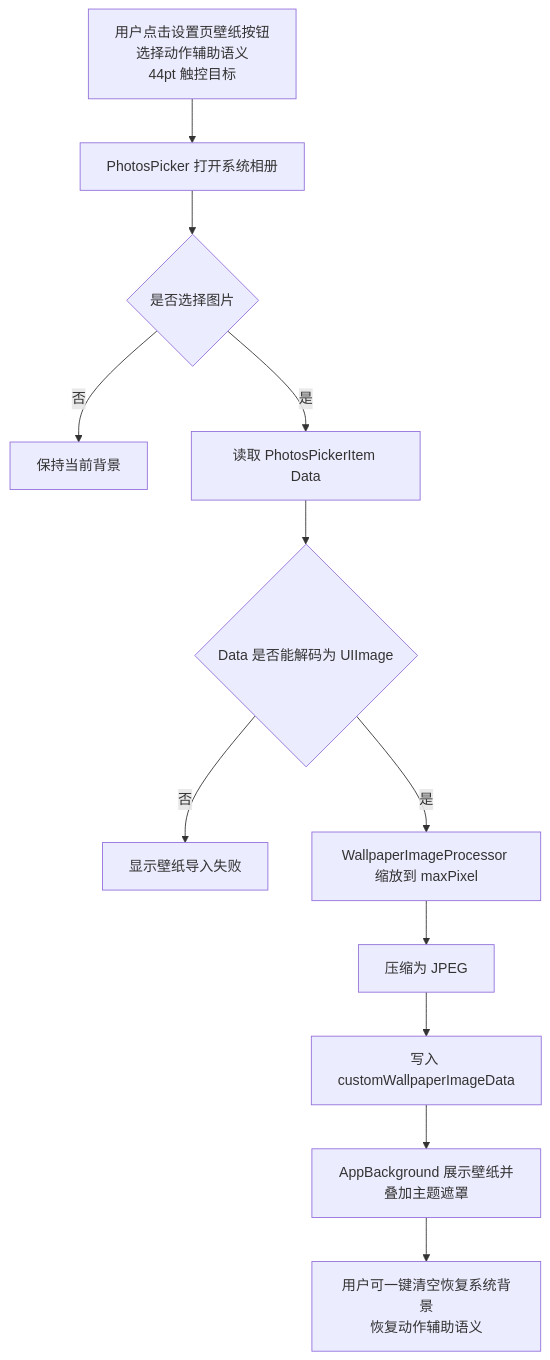
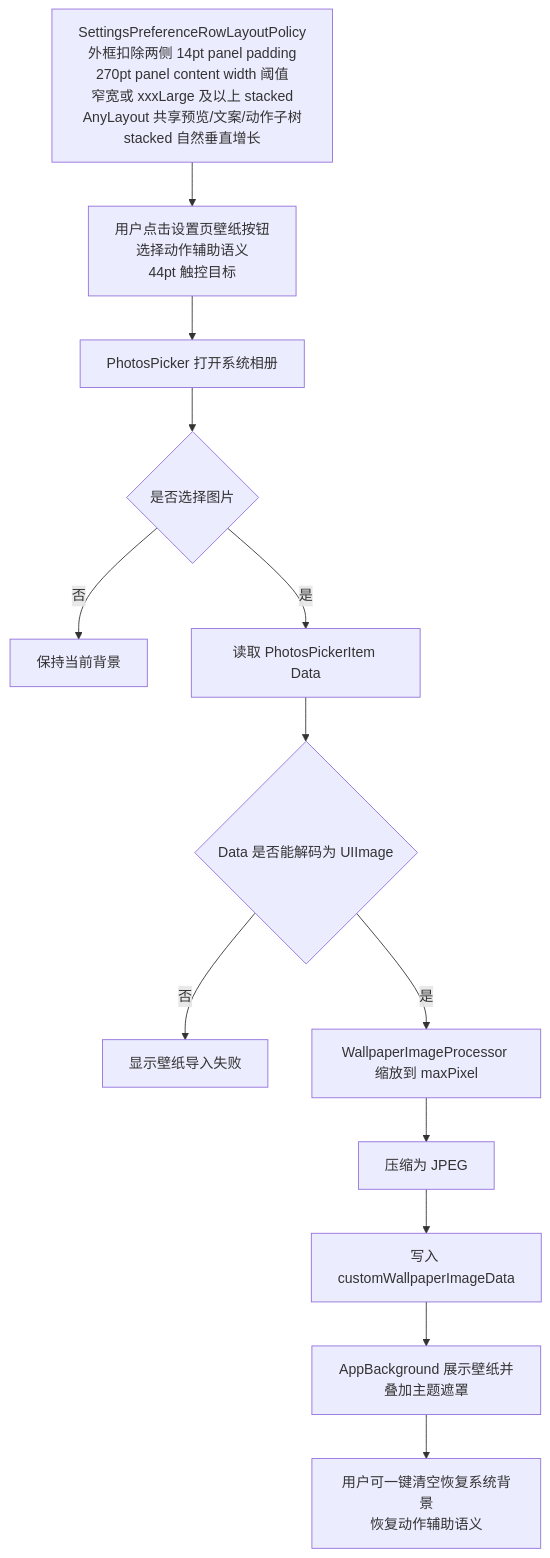
The sixth of 10 diagrams in md/flow/flowchart.md (Altman-sam114/113), drawn with Mermaid before and after one commit. The commit also changed other lines of this file and 8 other files, not shown here.

````diff
--- a/md/flow/flowchart.md
+++ b/md/flow/flowchart.md
@@ -137,14 +138,15 @@
 ```mermaid
 flowchart TD
-    A[用户点击设置页壁纸按钮<br/>选择动作辅助语义<br/>44pt 触控目标] --> B[PhotosPicker 打开系统相册]
+    R[SettingsPreferenceRowLayoutPolicy<br/>外框扣除两侧 14pt panel padding<br/>270pt panel content width 阈值<br/>窄宽或 xxxLarge 及以上 stacked<br/>AnyLayout 共享预览/文案/动作子树<br/>stacked 自然垂直增长] --> A[用户点击设置页壁纸按钮<br/>选择动作辅助语义<br/>44pt 触控目标]
+    A --> B[PhotosPicker 打开系统相册]
     B --> C{是否选择图片}
     C -- 否 --> D[保持当前背景]
     C -- 是 --> E[读取 PhotosPickerItem Data]
     E --> F{Data 是否能解码为 UIImage}
     F -- 否 --> G[显示壁纸导入失败]
     F -- 是 --> H[WallpaperImageProcessor 缩放到 maxPixel]
     H --> I[压缩为 JPEG]
     I --> J[写入 customWallpaperImageData]
     J --> K[AppBackground 展示壁纸并叠加主题遮罩]
     K --> L[用户可一键清空恢复系统背景<br/>恢复动作辅助语义]
 ```
````
